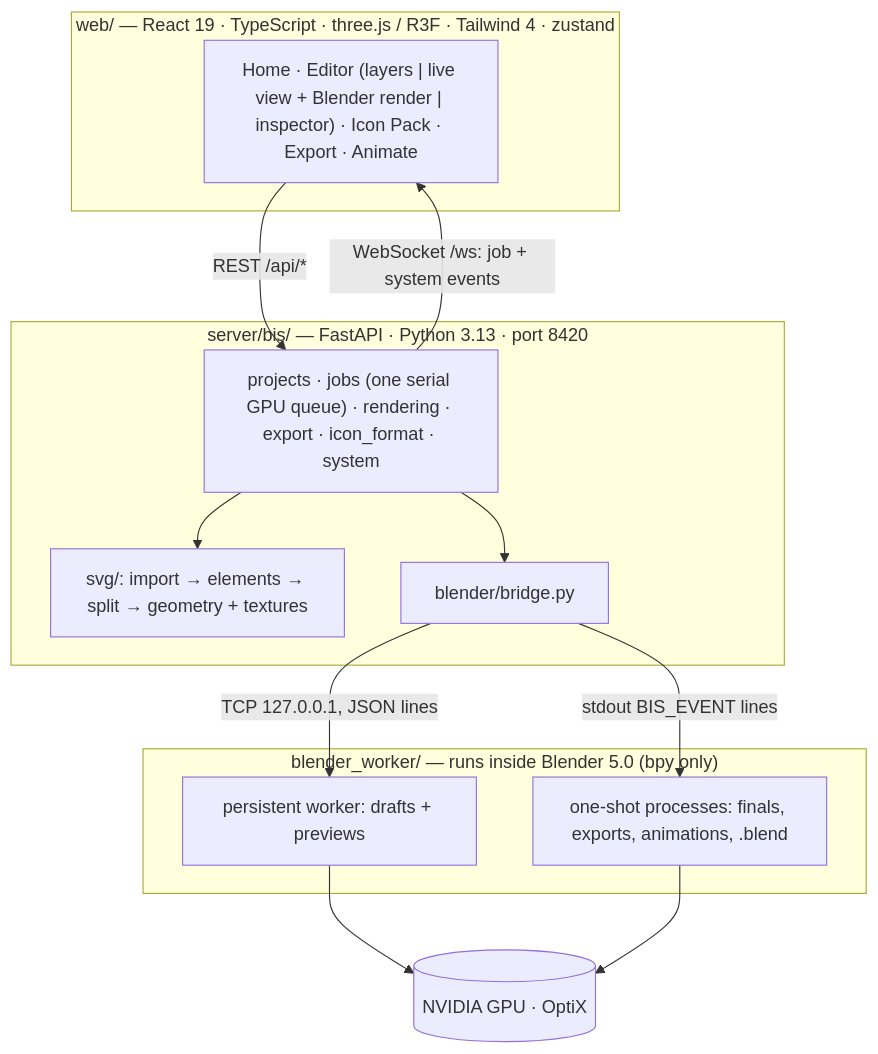
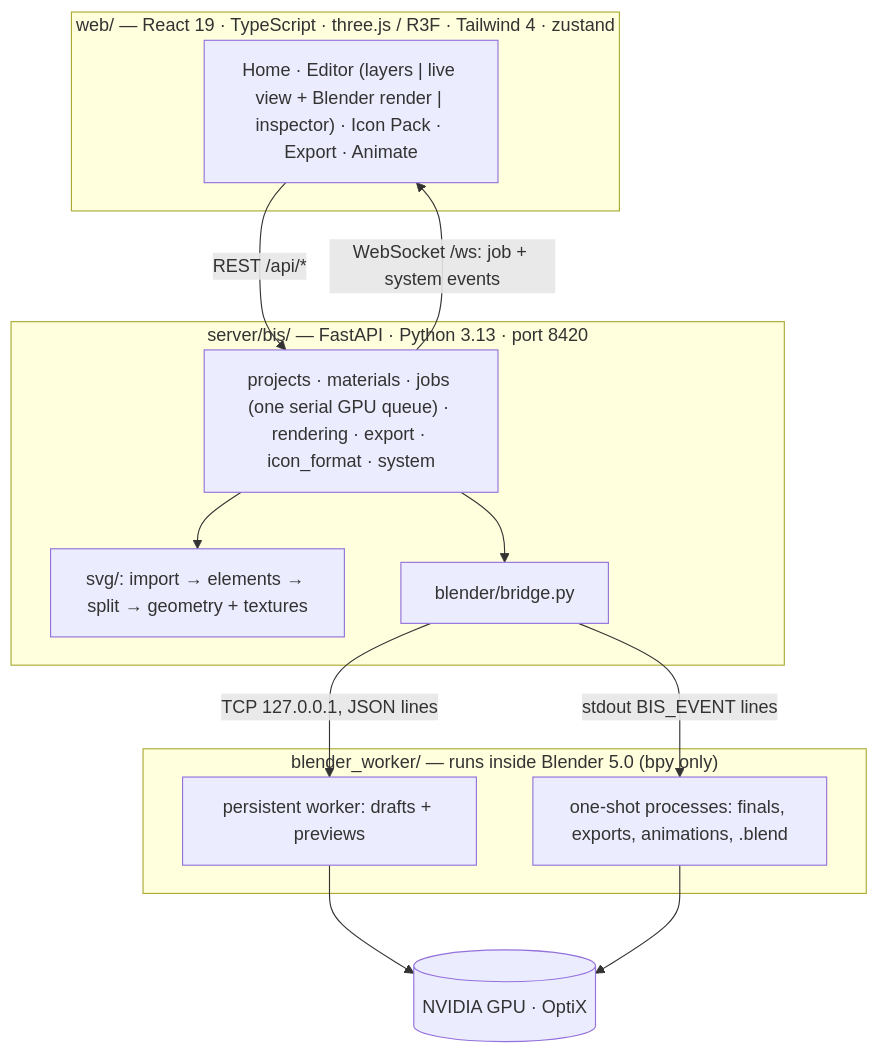
The diagram in README.md (sainventions/Blender-Icon-Studio), drawn with Mermaid before and after one commit. The commit also changed other lines of this file and 138 other files, not shown here.

First line of the commit message:
Principled rebuild: ONE Principled BSDF per shape, height-field bodies for all shapes, CAD iso view, per-shape materials, Principled inspector

````diff
--- a/README.md
+++ b/README.md
@@ -206,22 +300,22 @@
 ```mermaid
 flowchart TB
   subgraph web["web/ — React 19 · TypeScript · three.js / R3F · Tailwind 4 · zustand"]
     UI["Home · Editor (layers | live view + Blender render | inspector) · Icon Pack · Export · Animate"]
   end
   subgraph server["server/bis/ — FastAPI · Python 3.13 · port 8420"]
     SVG["svg/: import → elements → split → geometry + textures"]
-    CORE["projects · jobs (one serial GPU queue) · rendering · export · icon_format · system"]
+    CORE["projects · materials · jobs (one serial GPU queue) · rendering · export · icon_format · system"]
     BRIDGE["blender/bridge.py"]
   end
   subgraph blender["blender_worker/ — runs inside Blender 5.0 (bpy only)"]
     W["persistent worker: drafts + previews"]
     O["one-shot processes: finals, exports, animations, .blend"]
   end
   UI -- "REST /api/*" --> CORE
   CORE -- "WebSocket /ws: job + system events" --> UI
   CORE --> SVG
   CORE --> BRIDGE
   BRIDGE -- "TCP 127.0.0.1, JSON lines" --> W
   BRIDGE -- "stdout BIS_EVENT lines" --> O
   W & O --> GPU[("NVIDIA GPU · OptiX")]
 ```
````
